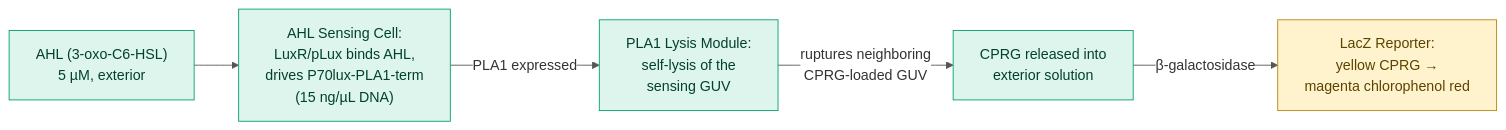
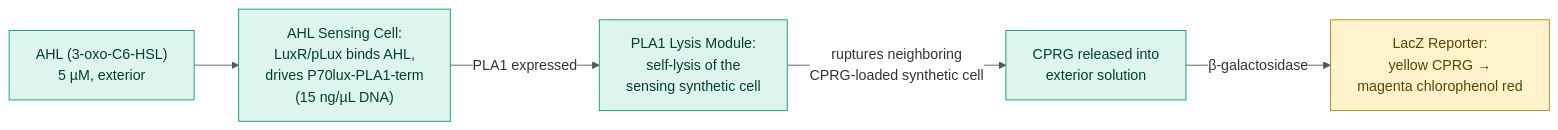
Before and after one commit to nucleus-eng/nucleus-docs: the diagram in docs/modules/london-cascade/spec.md, drawn with Mermaid. The commit also changed other lines of this file and 32 other files, not shown here.

````diff
--- a/docs/modules/london-cascade/spec.md
+++ b/docs/modules/london-cascade/spec.md
@@ -26,18 +26,18 @@
 ```{mermaid}
 %%{init: {'theme': 'base', 'themeVariables': {'lineColor': '#555555', 'edgeLabelBackground': '#ffffff'}}}%%
 flowchart LR
     AHL["AHL (3-oxo-C6-HSL)<br/>5 µM, exterior"] --> SENSE["AHL Sensing Cell:<br/>LuxR/pLux binds AHL,<br/>drives P70lux-PLA1-term<br/>(15 ng/µL DNA)"]
-    SENSE -->|"PLA1 expressed"| LYSIS["PLA1 Lysis Module:<br/>self-lysis of the<br/>sensing GUV"]
-    LYSIS -->|"ruptures neighboring<br/>CPRG-loaded GUV"| RELEASE["CPRG released into<br/>exterior solution"]
+    SENSE -->|"PLA1 expressed"| LYSIS["PLA1 Lysis Module:<br/>self-lysis of the<br/>sensing synthetic cell"]
+    LYSIS -->|"ruptures neighboring<br/>CPRG-loaded synthetic cell"| RELEASE["CPRG released into<br/>exterior solution"]
     RELEASE -->|"β-galactosidase"| READOUT["LacZ Reporter:<br/>yellow CPRG →<br/>magenta chlorophenol red"]
 
     classDef confirmed fill:#def5ee,stroke:#009E73,color:#00402e;
     classDef leaky fill:#fff3cd,stroke:#b8860b,color:#5c4400;
 
     class AHL,SENSE,LYSIS,RELEASE confirmed;
     class READOUT leaky;
 
     click SENSE "/docs/modules/ahl-sensing-cell/spec"
     click LYSIS "/docs/modules/effector-pla1/spec"
     click READOUT "/docs/modules/reporter-lacz/spec"
 ```
````
